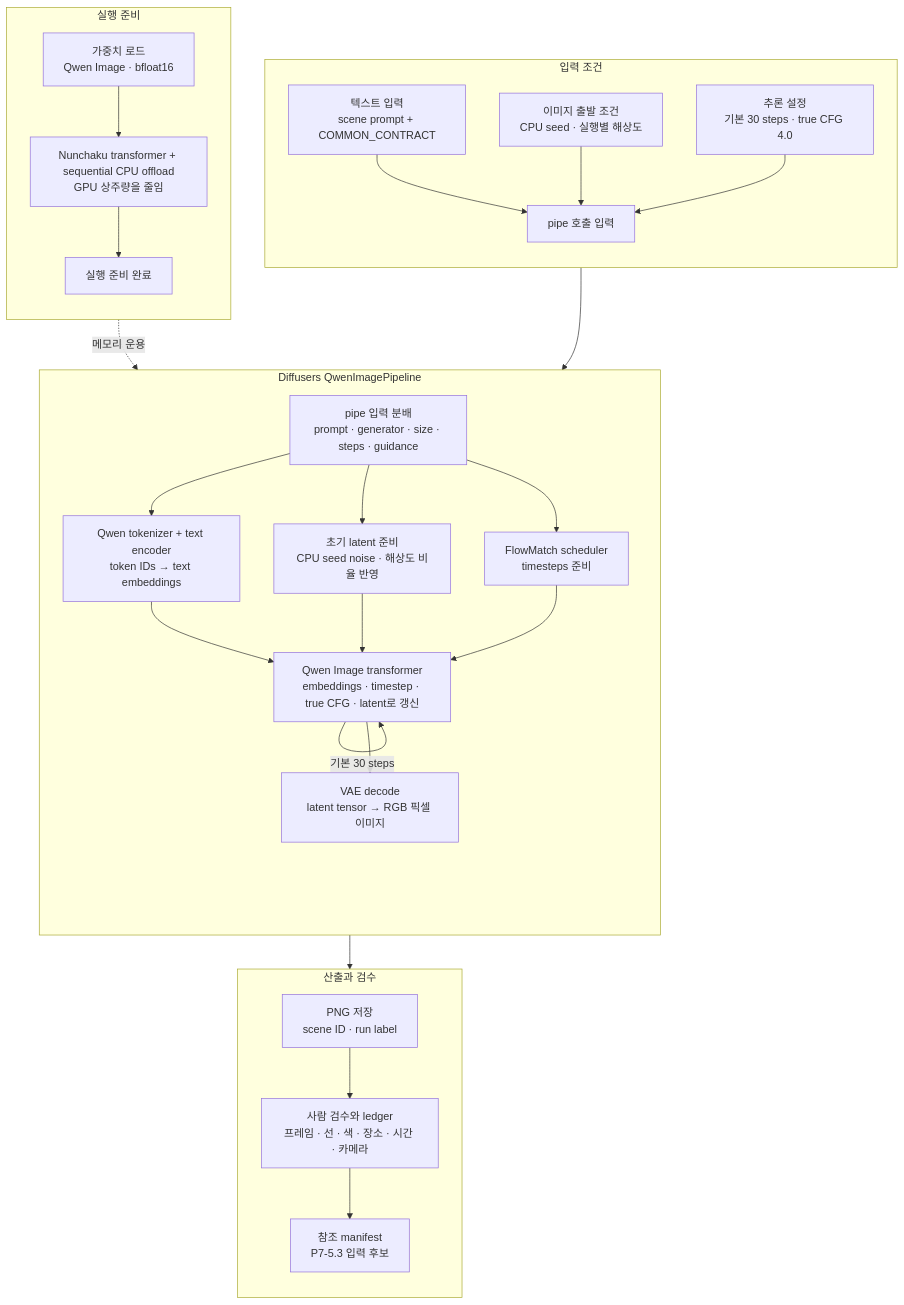
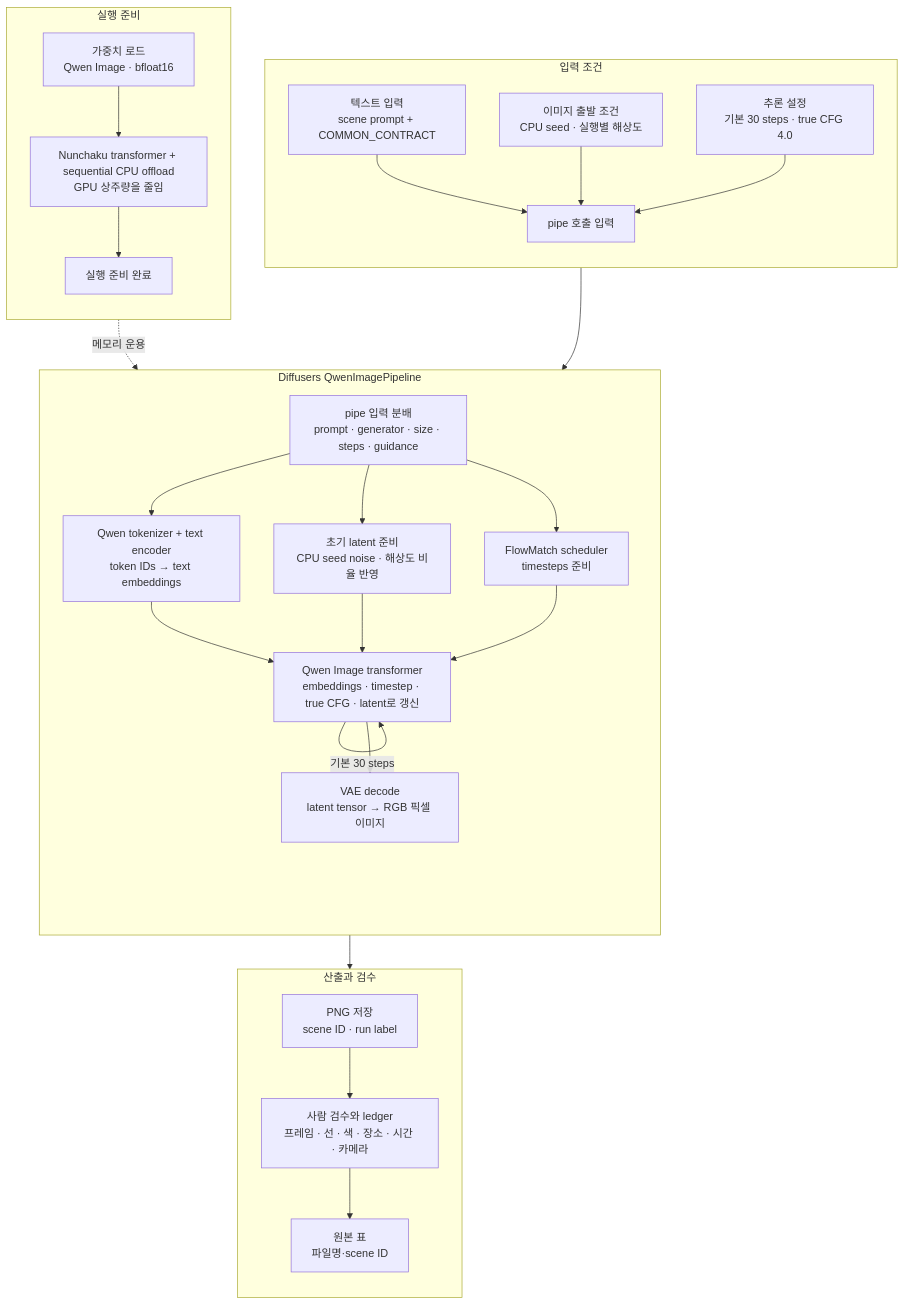
The diagram in docs/assets/part-07/chapter-05/p7-5-1-ai-model-inference-pipeline-ko.mmd (devchan64/AiBook), drawn with Mermaid before and after one commit. The commit also changed 10 other files, not shown here.

```diff
--- a/docs/assets/part-07/chapter-05/p7-5-1-ai-model-inference-pipeline-ko.mmd
+++ b/docs/assets/part-07/chapter-05/p7-5-1-ai-model-inference-pipeline-ko.mmd
@@ -1,49 +1,49 @@
 flowchart TD
   subgraph input["입력 조건"]
     direction TB
     prompt_input["텍스트 입력<br/>scene prompt + COMMON_CONTRACT"]
     latent_input["이미지 출발 조건<br/>CPU seed · 실행별 해상도"]
     run_input["추론 설정<br/>기본 30 steps · true CFG 4.0"]
     input_bundle["pipe 호출 입력"]
   end
 
   subgraph prepare["실행 준비"]
     direction TB
     weights["가중치 로드<br/>Qwen Image · bfloat16"]
     offload["Nunchaku transformer + sequential CPU offload<br/>GPU 상주량을 줄임"]
     ready["실행 준비 완료"]
   end
 
   subgraph pipeline["Diffusers QwenImagePipeline"]
     direction TB
     apply_input["pipe 입력 분배<br/>prompt · generator · size · steps · guidance"]
     text["Qwen tokenizer + text encoder<br/>token IDs → text embeddings"]
     latent["초기 latent 준비<br/>CPU seed noise · 해상도 비율 반영"]
     schedule["FlowMatch scheduler<br/>timesteps 준비"]
     transformer["Qwen Image transformer<br/>embeddings · timestep · true CFG · latent로 갱신"]
     decode["VAE decode<br/>latent tensor → RGB 픽셀 이미지"]
   end
 
   subgraph result["산출과 검수"]
     direction TB
     output["PNG 저장<br/>scene ID · run label"]
     review["사람 검수와 ledger<br/>프레임 · 선 · 색 · 장소 · 시간 · 카메라"]
-    manifest["참조 manifest<br/>P7-5.3 입력 후보"]
+    originals["원본 표<br/>파일명·scene ID"]
   end
 
   prompt_input --> input_bundle
   latent_input --> input_bundle
   run_input --> input_bundle
 
   weights --> offload --> ready
   ready -.메모리 운용.-> apply_input
 
   input_bundle --> apply_input
   apply_input --> text
   apply_input --> latent
   apply_input --> schedule
   text --> transformer
   latent --> transformer
   schedule --> transformer
   transformer -->|기본 30 steps| transformer
-  transformer --> decode --> output --> review --> manifest
+  transformer --> decode --> output --> review --> originals
```
